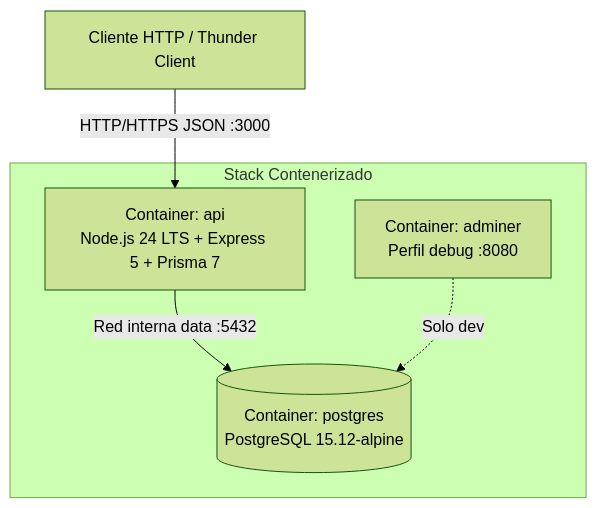
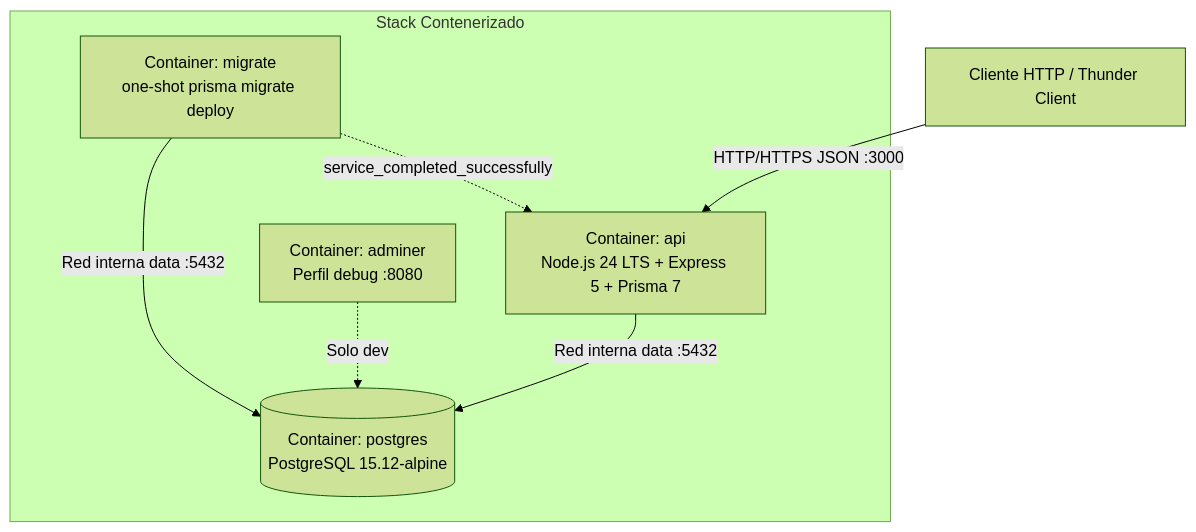
One commit to zgfnicolas/recetaria changed the second of 2 diagrams in docs/sad.md. Above: the diagram before and after it, drawn with Mermaid (forest theme). The commit also changed other lines of this file and 13 other files, not shown here.

````diff
--- a/docs/sad.md
+++ b/docs/sad.md
@@ -32,8 +36,10 @@
 ```mermaid
 flowchart TB
   Client[Cliente HTTP / Thunder Client] -->|HTTP/HTTPS JSON :3000| API
   subgraph Docker_Compose [Stack Contenerizado]
-    API[Container: api<br/>Node.js 24 LTS + Express 5 + Prisma 7] -->|Red interna data :5432| PG[(Container: postgres<br/>PostgreSQL 15.12-alpine)]
+    Migrate[Container: migrate<br/>one-shot prisma migrate deploy] -->|Red interna data :5432| PG[(Container: postgres<br/>PostgreSQL 15.12-alpine)]
+    API[Container: api<br/>Node.js 24 LTS + Express 5 + Prisma 7] -->|Red interna data :5432| PG
+    Migrate -.->|service_completed_successfully| API
     Adminer[Container: adminer<br/>Perfil debug :8080] -.->|Solo dev| PG
   end
 ```
````
